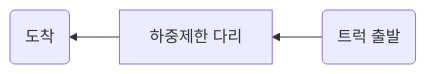
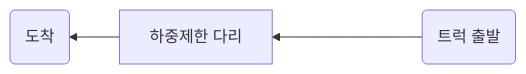
One commit to gazami99/gazami99.github.io changed the first of 2 diagrams in _posts/2022-06-14-알고리즘 연습 [다리를 지나는 트럭].md. Above: the diagram before and after it, drawn with Mermaid.

Commit message:
Update 2022-06-14-알고리즘 연습 [다리를 지나는 트럭].md

````diff
--- a/_posts/2022-06-14-알고리즘 연습 [다리를 지나는 트럭].md
+++ b/_posts/2022-06-14-알고리즘 연습 [다리를 지나는 트럭].md
@@ -15,5 +15,5 @@
 ```mermaid 
   graph RL;
-  A(트럭 출발 ) --> B[하중제한 다리];
+  A(트럭 출발 ) ----> B[하중제한 다리];
   B --> C(도착);
 ```
````
